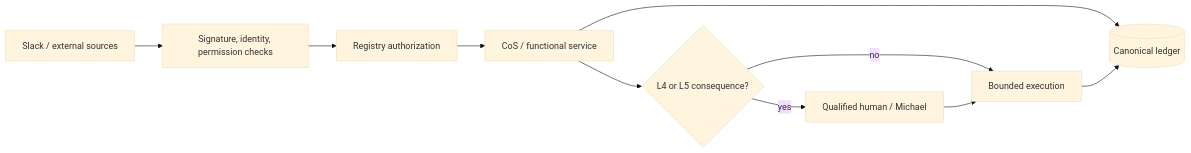
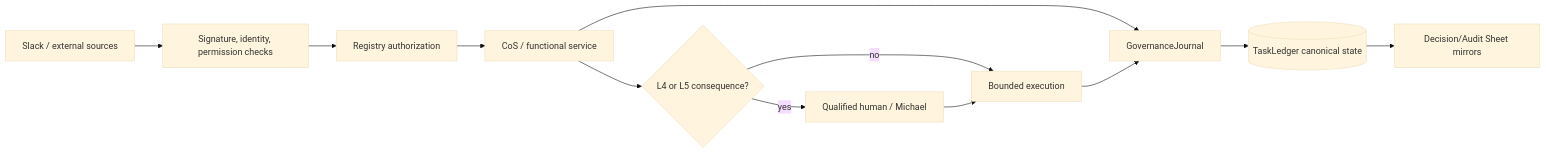
One commit to mkleinbe/mesh-ai-agent-cos-universe changed the diagram in SECURITY.md. Above: the diagram before and after it, drawn with Mermaid (base theme). The commit also changed other lines of this file, not shown here.

Commit message:
docs: add governance-log security invariants

````diff
--- a/SECURITY.md
+++ b/SECURITY.md
@@ -20,12 +25,14 @@
 ```mermaid
 flowchart LR
     EXT[Slack / external sources] --> VERIFY[Signature, identity, permission checks]
     VERIFY --> AUTH[Registry authorization]
     AUTH --> SVC[CoS / functional service]
-    SVC --> LEDGER[(Canonical ledger)]
+    SVC --> GOV[GovernanceJournal]
     SVC --> APPROVAL{L4 or L5 consequence?}
     APPROVAL -->|yes| HUMAN[Qualified human / Michael]
     APPROVAL -->|no| EXEC[Bounded execution]
     HUMAN --> EXEC
-    EXEC --> LEDGER
+    EXEC --> GOV
+    GOV --> LEDGER[(TaskLedger canonical state)]
+    LEDGER --> SHEETS[Decision/Audit Sheet mirrors]
 ```
````
